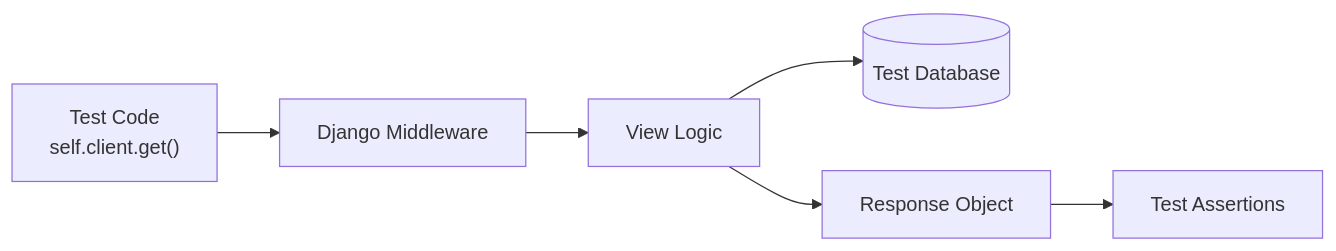
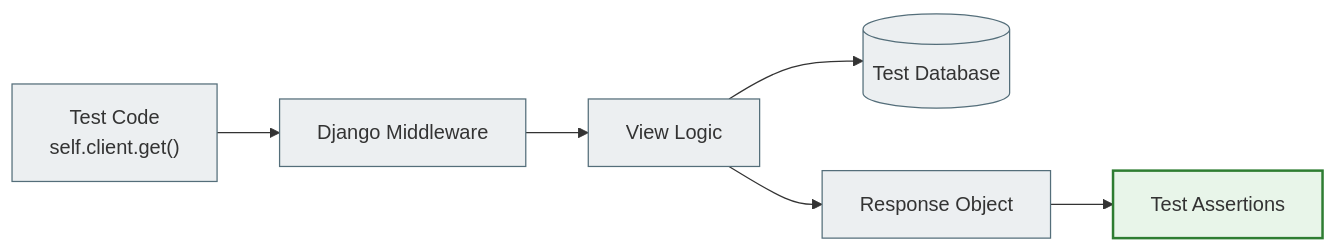
The third of 8 diagrams in docs/08_testing_and_quality/django_testing_full.md (NikoriakViktot/notes_chat_app), drawn with Mermaid before and after one commit. The commit also changed other lines of this file and 441 other files, not shown here.

First line of the commit message:
Add English version of the book, Mermaid standard, docs fixes

````diff
--- a/docs/08_testing_and_quality/django_testing_full.md
+++ b/docs/08_testing_and_quality/django_testing_full.md
@@ -314,8 +320,13 @@
 ```mermaid
 graph LR
-    A["Test Code\nself.client.get()"] --> B["Django Middleware"]
+    A["Test Code<br>self.client.get()"] --> B["Django Middleware"]
     B --> C["View Logic"]
     C --> D[("Test Database")]
     C --> E["Response Object"]
     E --> F["Test Assertions"]
+
+    classDef step     fill:#eceff1,stroke:#546e7a,stroke-width:1px;
+    classDef success  fill:#e8f5e9,stroke:#2e7d32,stroke-width:2px;
+    class A,B,C,D,E step;
+    class F success;
 ```
````
